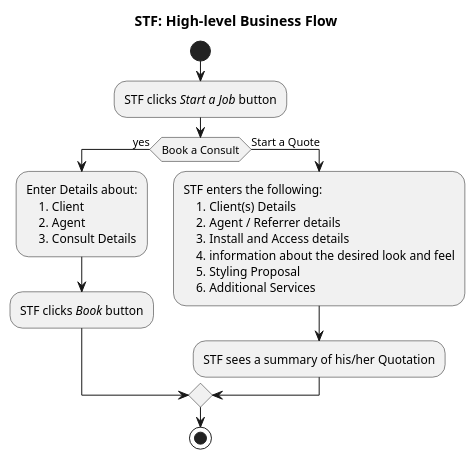
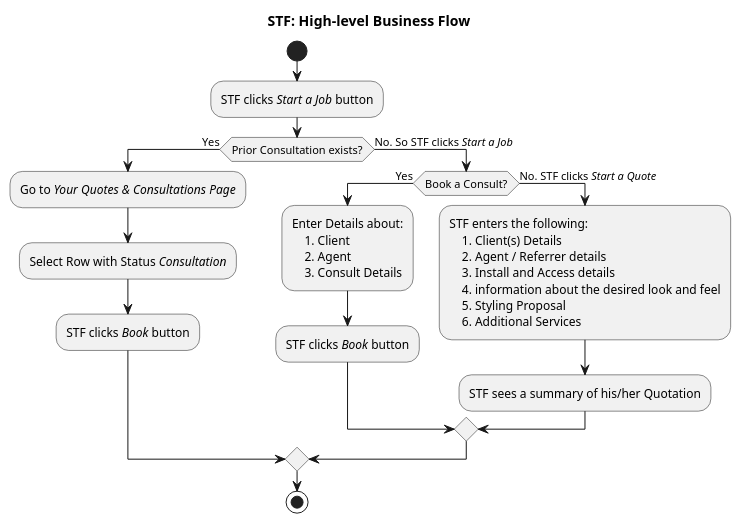
One commit to jpgacrama/NovariSpecs changed the diagram in STF/STF_HighLevelBusinessFlow.pu. Above: the diagram before and after it, drawn with PlantUML. The commit also changed 1 other file, not shown here.

Commit message:
Added scenario that you want to convert a previous consultation to a quote

```diff
--- a/STF/STF_HighLevelBusinessFlow.pu
+++ b/STF/STF_HighLevelBusinessFlow.pu
@@ -1,26 +1,31 @@
 @startuml
     title STF: High-level Business Flow
     start
     :STF clicks //Start a Job// button;
 
-    if (Book a Consult) then (yes)
-        :Enter Details about:
-            1. Client
-            2. Agent
-            3. Consult Details;
+    if (Prior Consultation exists?) then (Yes)
+        :Go to //Your Quotes & Consultations Page//;
+        :Select Row with Status //Consultation//;
+        :STF clicks //Book// button;
+    else (No. So STF clicks //Start a Job//)
+        if (Book a Consult?) then (Yes)
+            :Enter Details about:
+                1. Client
+                2. Agent
+                3. Consult Details;
 
-        :STF clicks //Book// button;
-    else (Start a Quote)
-        :STF enters the following:
-            1. Client(s) Details
-            2. Agent / Referrer details
-            3. Install and Access details
-            4. information about the desired look and feel
-            5. Styling Proposal
-            6. Additional Services;
+            :STF clicks //Book// button;
+        else (No. STF clicks //Start a Quote//)
+            :STF enters the following:
+                1. Client(s) Details
+                2. Agent / Referrer details
+                3. Install and Access details
+                4. information about the desired look and feel
+                5. Styling Proposal
+                6. Additional Services;
 
-        :STF sees a summary of his/her Quotation;
-
+            :STF sees a summary of his/her Quotation;
+        endif
     endif
     stop
 @enduml
```
